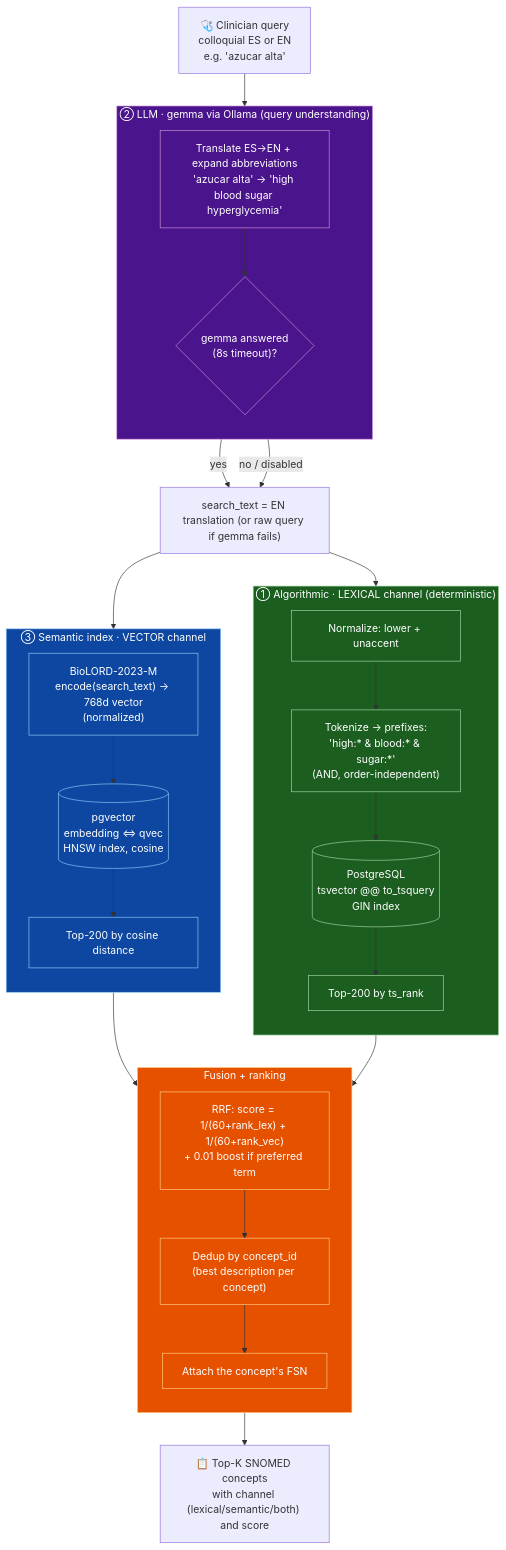
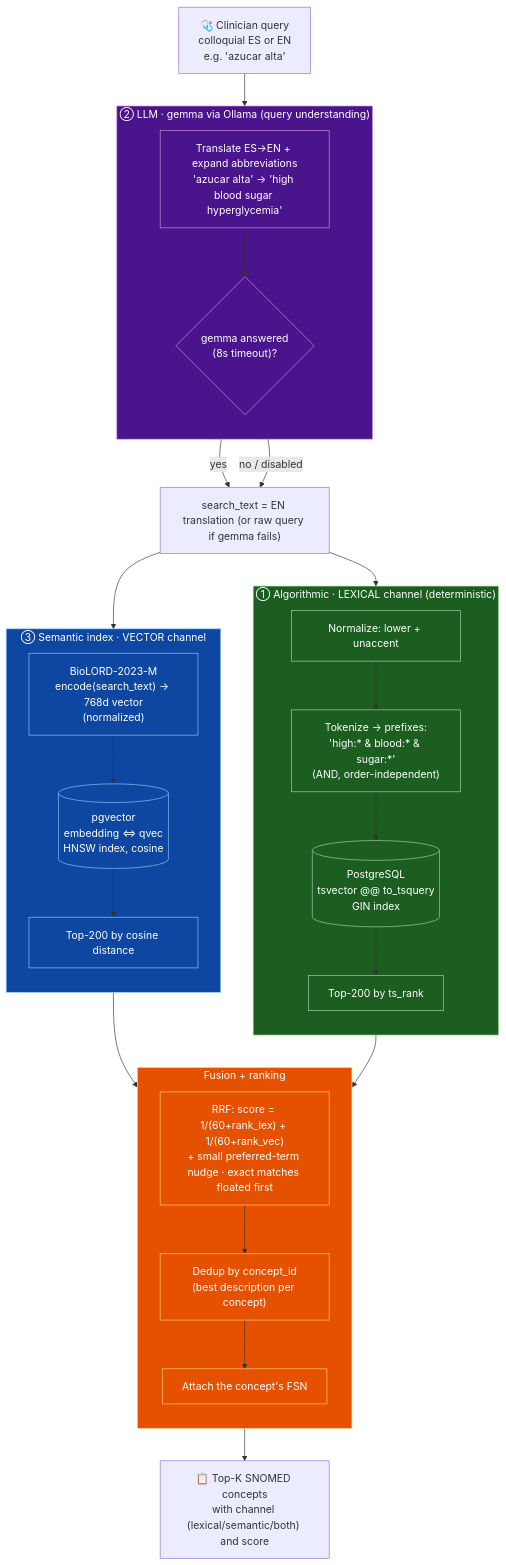
One commit to alopezo/snomed-hybrid-search changed the first of 3 diagrams in docs/04-architecture-flow.md. Above: the diagram before and after it, drawn with Mermaid. The commit also changed other lines of this file and 3 other files, not shown here.

First line of the commit message:
Deterministic exact-match rule, lexical OR(orig,expansion), ts_rank norm, pref-boost tuning

````diff
--- a/docs/04-architecture-flow.md
+++ b/docs/04-architecture-flow.md
@@ -21,59 +21,59 @@
 ```mermaid
 flowchart TD
     Q["🩺 Clinician query<br/>colloquial ES or EN<br/>e.g. 'azucar alta'"]
 
     subgraph LLM["② LLM · gemma via Ollama (query understanding)"]
         direction TB
         G["Translate ES→EN + expand abbreviations<br/>'azucar alta' → 'high blood sugar hyperglycemia'"]
         GF{"gemma answered<br/>(8s timeout)?"}
         G --> GF
     end
 
     Q --> G
     ST["search_text = EN translation (or raw query if gemma fails)"]
     GF -->|yes| ST
     GF -->|no / disabled| ST
 
     subgraph ALG["① Algorithmic · LEXICAL channel (deterministic)"]
         direction TB
         L1["Normalize: lower + unaccent"]
         L2["Tokenize → prefixes:<br/>'high:* & blood:* & sugar:*'<br/>(AND, order-independent)"]
         L3[("PostgreSQL<br/>tsvector @@ to_tsquery<br/>GIN index")]
         L4["Top-200 by ts_rank"]
         L1 --> L2 --> L3 --> L4
     end
 
     subgraph SEM["③ Semantic index · VECTOR channel"]
         direction TB
         S1["BioLORD-2023-M<br/>encode(search_text) → 768d vector<br/>(normalized)"]
         S2[("pgvector<br/>embedding <=> qvec<br/>HNSW index, cosine")]
         S3["Top-200 by cosine distance"]
         S1 --> S2 --> S3
     end
 
     ST --> L1
     ST --> S1
 
     subgraph FUS["Fusion + ranking"]
         direction TB
-        R["RRF: score = 1/(60+rank_lex) + 1/(60+rank_vec)<br/>+ 0.01 boost if preferred term"]
+        R["RRF: score = 1/(60+rank_lex) + 1/(60+rank_vec)<br/>+ small preferred-term nudge · exact matches floated first"]
         D["Dedup by concept_id<br/>(best description per concept)"]
         FSN["Attach the concept's FSN"]
         R --> D --> FSN
     end
 
     L4 --> R
     S3 --> R
 
     OUT["📋 Top-K SNOMED concepts<br/>with channel (lexical/semantic/both) and score"]
     FSN --> OUT
 
     classDef llm fill:#4a148c,stroke:#ce93d8,color:#fff
     classDef alg fill:#1b5e20,stroke:#a5d6a7,color:#fff
     classDef sem fill:#0d47a1,stroke:#90caf9,color:#fff
     classDef fus fill:#e65100,stroke:#ffcc80,color:#fff
     class LLM,G,GF llm
     class ALG,L1,L2,L3,L4 alg
     class SEM,S1,S2,S3 sem
     class FUS,R,D,FSN fus
 ```
````
